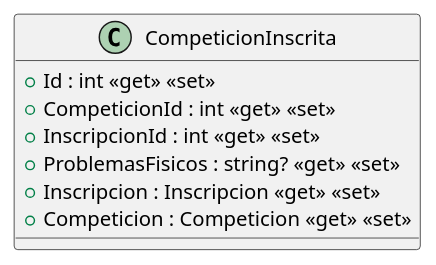
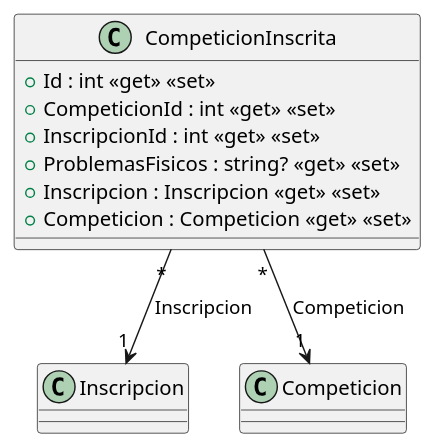
The diagram in src/AppForSEII.API/ClassDiagram/CompeticionInscrita.puml (ISII26-27RJD/ISII2627-RDJ), drawn with PlantUML before and after one commit. The commit also changed 7 other files, not shown here.

Commit message:
Constructores añadidos asi como archivos .puml para el diagrama de clases del caso de uso inscribirse a una competicion.

```diff
--- a/src/AppForSEII.API/ClassDiagram/CompeticionInscrita.puml
+++ b/src/AppForSEII.API/ClassDiagram/CompeticionInscrita.puml
@@ -1,10 +1,14 @@
 @startuml
 class CompeticionInscrita {
     + Id : int <<get>> <<set>>
     + CompeticionId : int <<get>> <<set>>
     + InscripcionId : int <<get>> <<set>>
     + ProblemasFisicos : string? <<get>> <<set>>
     + Inscripcion : Inscripcion <<get>> <<set>>
     + Competicion : Competicion <<get>> <<set>>
 }
+
+CompeticionInscrita "*" --> "1" Inscripcion : Inscripcion
+CompeticionInscrita "*" --> "1" Competicion : Competicion
+
 @enduml
```
